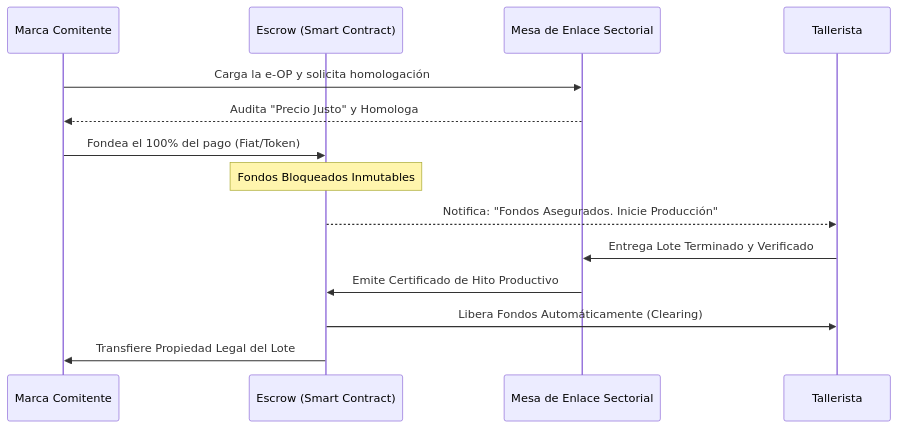
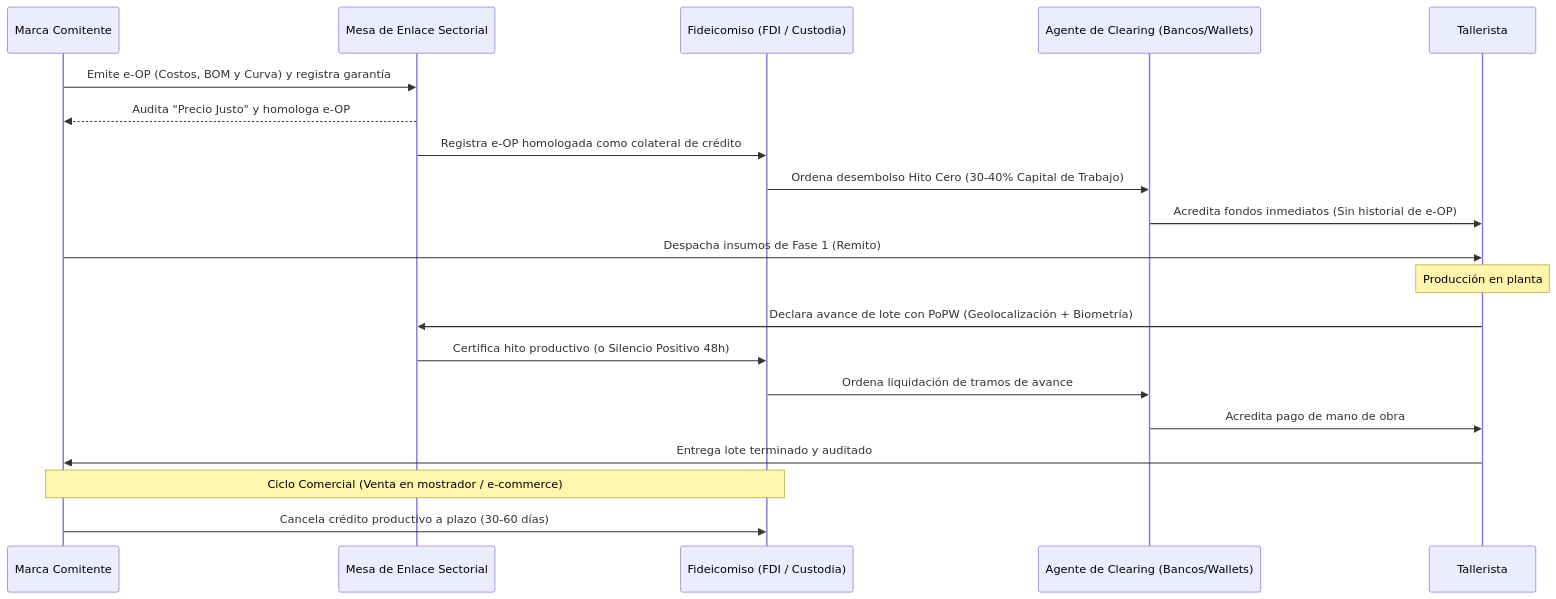
The second of 2 diagrams in docs/dossier_fimca_base.md (sarthouse/indinopy), drawn with Mermaid before and after one commit. The commit also changed other lines of this file and 11 other files, not shown here.

Commit message:
docs: cambios en la documentacion, corrección de conceptos diagramados, ampliacion del roadmap

````diff
--- a/docs/dossier_fimca_base.md
+++ b/docs/dossier_fimca_base.md
@@ -100,17 +100,23 @@
 ```mermaid
 sequenceDiagram
     participant M as Marca Comitente
-    participant E as Escrow (Smart Contract)
     participant MES as Mesa de Enlace Sectorial
+    participant FDI as Fideicomiso (FDI / Custodia)
+    participant B as Agente de Clearing (Bancos/Wallets)
     participant T as Tallerista
     
-    M->>MES: Carga la e-OP y solicita homologación
-    MES-->>M: Audita "Precio Justo" y Homologa
-    M->>E: Fondea el 100% del pago (Fiat/Token)
-    Note over E: Fondos Bloqueados Inmutables
-    E-->>T: Notifica: "Fondos Asegurados. Inicie Producción"
-    T->>MES: Entrega Lote Terminado y Verificado
-    MES->>E: Emite Certificado de Hito Productivo
-    E->>T: Libera Fondos Automáticamente (Clearing)
-    E->>M: Transfiere Propiedad Legal del Lote
+    M->>MES: Emite e-OP (Costos, BOM y Curva) y registra garantía
+    MES-->>M: Audita "Precio Justo" y homologa e-OP
+    MES->>FDI: Registra e-OP homologada como colateral de crédito
+    FDI->>B: Ordena desembolso Hito Cero (30-40% Capital de Trabajo)
+    B->>T: Acredita fondos inmediatos (Sin historial de e-OP)
+    M->>T: Despacha insumos de Fase 1 (Remito)
+    Note over T: Producción en planta
+    T->>MES: Declara avance de lote con PoPW (Geolocalización + Biometría)
+    MES->>FDI: Certifica hito productivo (o Silencio Positivo 48h)
+    FDI->>B: Ordena liquidación de tramos de avance
+    B->>T: Acredita pago de mano de obra
+    T->>M: Entrega lote terminado y auditado
+    Note over M,FDI: Ciclo Comercial (Venta en mostrador / e-commerce)
+    M->>FDI: Cancela crédito productivo a plazo (30-60 días)
 ```
````
